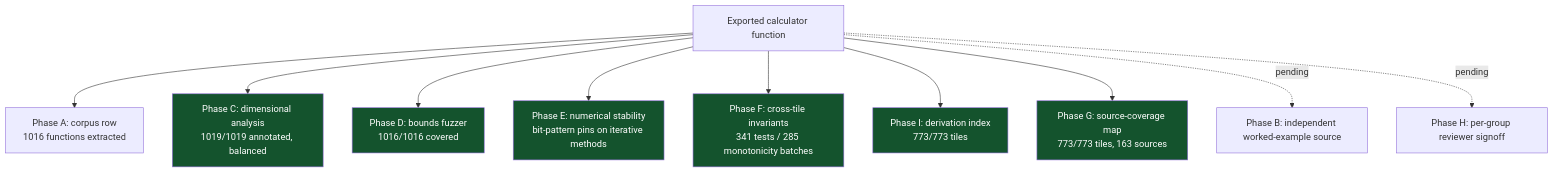
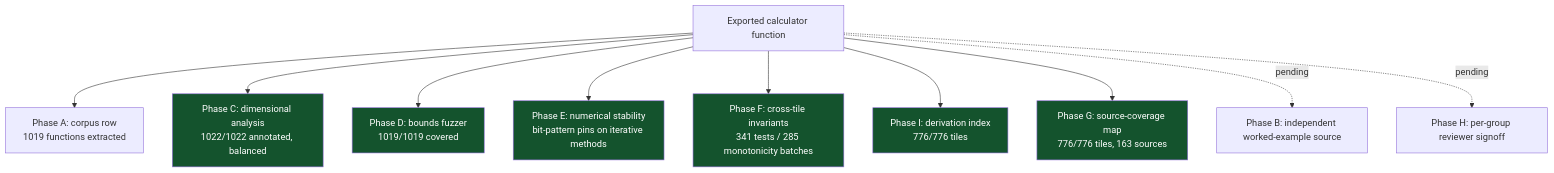
The sixth of 8 diagrams in README.md (clay-good/roughlogic.com), drawn with Mermaid before and after one commit. The commit also changed other lines of this file and 18 other files, not shown here.

````diff
--- a/README.md
+++ b/README.md
@@ -519,18 +519,18 @@
 ```mermaid
 flowchart TB
-    F[Exported calculator function] --> A[Phase A: corpus row\n1016 functions extracted]
-    F --> C[Phase C: dimensional analysis\n1019/1019 annotated, balanced]
-    F --> D[Phase D: bounds fuzzer\n1016/1016 covered]
+    F[Exported calculator function] --> A[Phase A: corpus row\n1019 functions extracted]
+    F --> C[Phase C: dimensional analysis\n1022/1022 annotated, balanced]
+    F --> D[Phase D: bounds fuzzer\n1019/1019 covered]
     F --> E[Phase E: numerical stability\nbit-pattern pins on iterative methods]
     F --> Fa[Phase F: cross-tile invariants\n341 tests / 285 monotonicity batches]
-    F --> I[Phase I: derivation index\n773/773 tiles]
-    F --> G[Phase G: source-coverage map\n773/773 tiles, 163 sources]
+    F --> I[Phase I: derivation index\n776/776 tiles]
+    F --> G[Phase G: source-coverage map\n776/776 tiles, 163 sources]
     F -.pending.-> B[Phase B: independent worked-example source]
     F -.pending.-> H[Phase H: per-group reviewer signoff]
     style C fill:#14532d,color:#fff
     style D fill:#14532d,color:#fff
     style E fill:#14532d,color:#fff
     style Fa fill:#14532d,color:#fff
     style G fill:#14532d,color:#fff
     style I fill:#14532d,color:#fff
 ```
````
